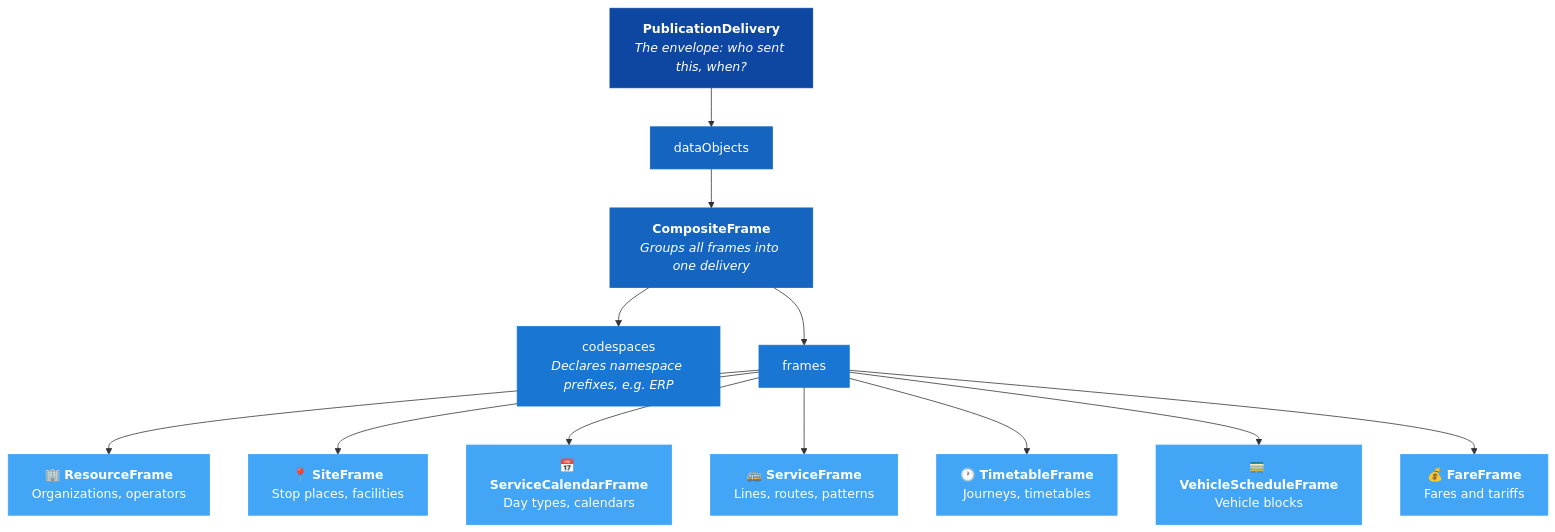
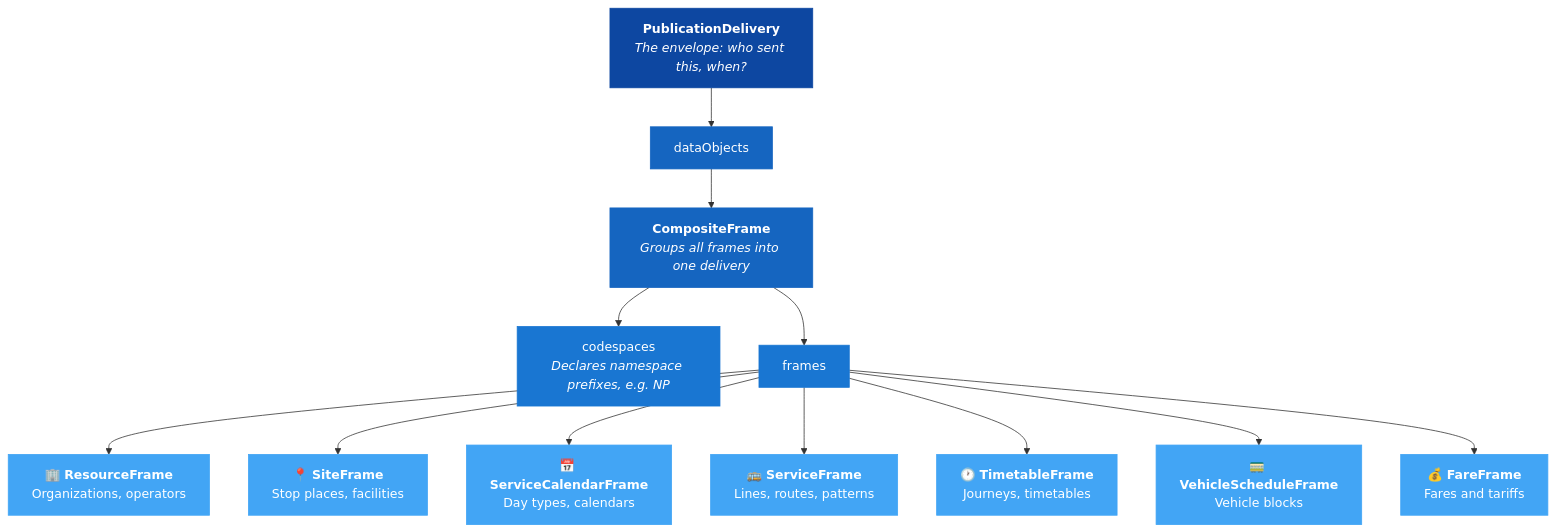
Before and after one commit to hfjelstad/NeTEx-Nordic: the second of 3 diagrams in Guides/GetStarted/GetStarted_Guide.md, drawn with Mermaid. The commit also changed other lines of this file and 124 other files, not shown here.

````diff
--- a/Guides/GetStarted/GetStarted_Guide.md
+++ b/Guides/GetStarted/GetStarted_Guide.md
@@ -65,40 +65,40 @@
 ```mermaid
 flowchart TD
     PD["<b>PublicationDelivery</b><br/><i>The envelope: who sent this, when?</i>"]
     DO["dataObjects"]
     CF["<b>CompositeFrame</b><br/><i>Groups all frames into one delivery</i>"]
-    CS["codespaces<br/><i>Declares namespace prefixes, e.g. ERP</i>"]
+    CS["codespaces<br/><i>Declares namespace prefixes, e.g. NP</i>"]
     FR["frames"]
 
     RF["🏢 <b>ResourceFrame</b><br/>Organizations, operators"]
     SF["📍 <b>SiteFrame</b><br/>Stop places, facilities"]
     SCF["📅 <b>ServiceCalendarFrame</b><br/>Day types, calendars"]
     SVF["🚌 <b>ServiceFrame</b><br/>Lines, routes, patterns"]
     TF["🕐 <b>TimetableFrame</b><br/>Journeys, timetables"]
     VSF["🚃 <b>VehicleScheduleFrame</b><br/>Vehicle blocks"]
     FF["💰 <b>FareFrame</b><br/>Fares and tariffs"]
 
     PD --> DO --> CF
     CF --> CS
     CF --> FR
     FR --> RF
     FR --> SF
     FR --> SCF
     FR --> SVF
     FR --> TF
     FR --> VSF
     FR --> FF
 
     style PD fill:#0D47A1,stroke:#0D47A1,color:#fff
     style DO fill:#1565C0,stroke:#1565C0,color:#fff
     style CF fill:#1565C0,stroke:#1565C0,color:#fff
     style CS fill:#1976D2,stroke:#1976D2,color:#fff
     style FR fill:#1976D2,stroke:#1976D2,color:#fff
     style RF fill:#42A5F5,stroke:#42A5F5,color:#fff
     style SF fill:#42A5F5,stroke:#42A5F5,color:#fff
     style SCF fill:#42A5F5,stroke:#42A5F5,color:#fff
     style SVF fill:#42A5F5,stroke:#42A5F5,color:#fff
     style TF fill:#42A5F5,stroke:#42A5F5,color:#fff
     style VSF fill:#42A5F5,stroke:#42A5F5,color:#fff
     style FF fill:#42A5F5,stroke:#42A5F5,color:#fff
 ```
````
